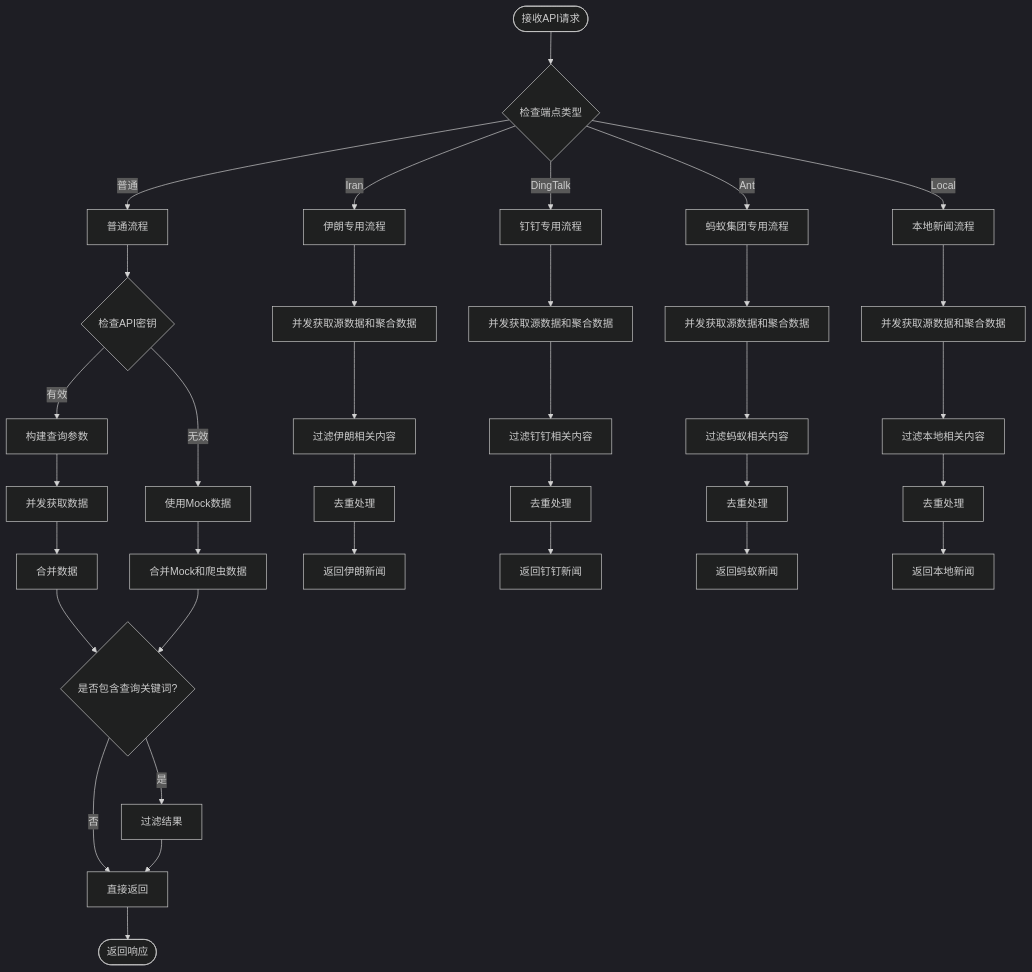
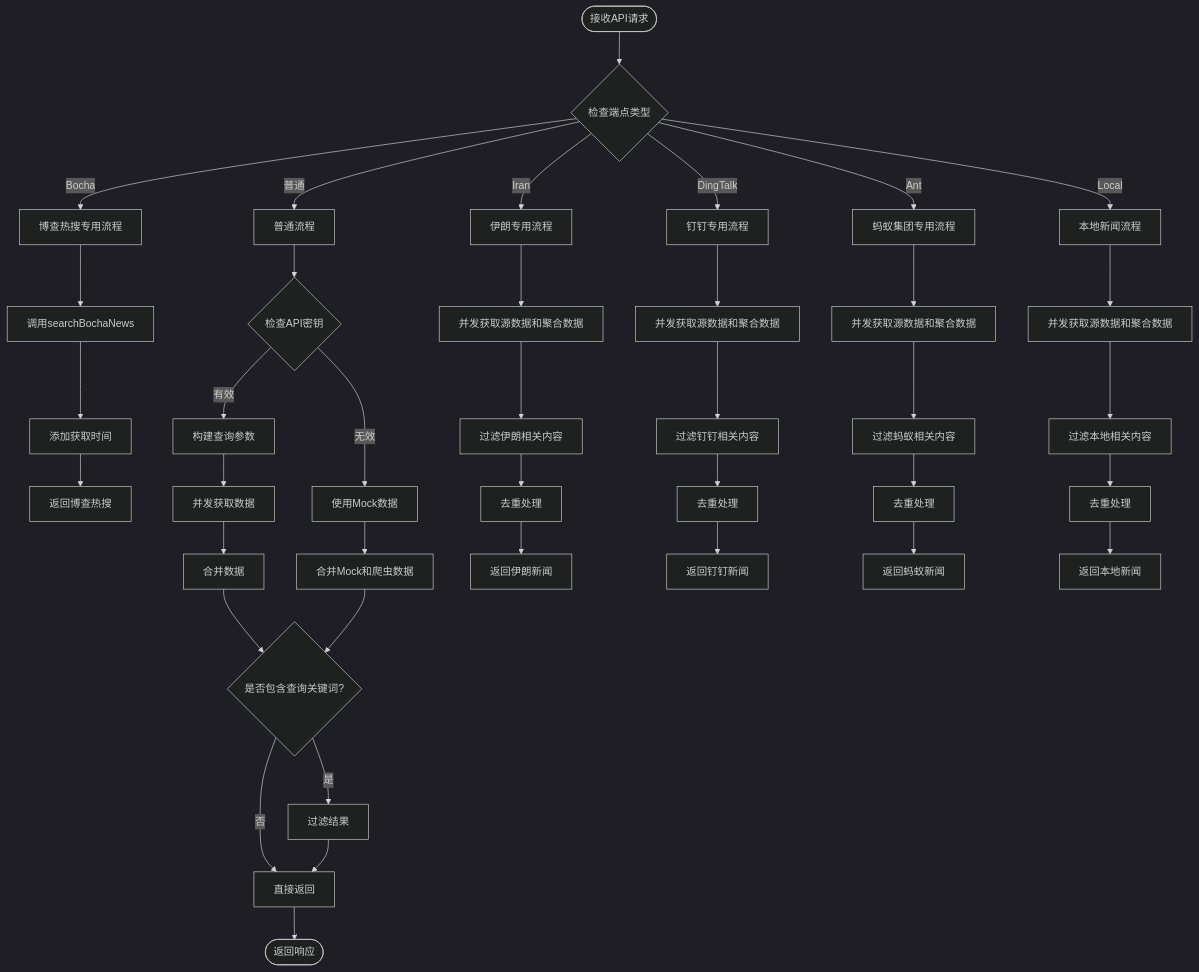
Diagram 12 of 13 in .qoder/repowiki/zh/content/核心功能模块/新闻数据获取系统.md (zuozuoliu740-cmd/xianxiong-news), drawn with Mermaid (dark theme) before and after one commit. The commit also changed other lines of this file and 72 other files, not shown here.

````diff
--- a/.qoder/repowiki/zh/content/核心功能模块/新闻数据获取系统.md
+++ b/.qoder/repowiki/zh/content/核心功能模块/新闻数据获取系统.md
@@ -849,37 +611,41 @@
 ```mermaid
 flowchart TD
 Start([接收API请求]) --> CheckEndpoint{检查端点类型}
+CheckEndpoint --> |Bocha| BochaFlow["博查热搜专用流程"]
 CheckEndpoint --> |Iran| IranFlow["伊朗专用流程"]
 CheckEndpoint --> |DingTalk| DingFlow["钉钉专用流程"]
 CheckEndpoint --> |Ant| AntFlow["蚂蚁集团专用流程"]
 CheckEndpoint --> |Local| LocalFlow["本地新闻流程"]
 CheckEndpoint --> |普通| NormalFlow["普通流程"]
+BochaFlow --> GetBocha[调用searchBochaNews]
+GetBocha --> AddFetchTime[添加获取时间]
+AddFetchTime --> ReturnBocha[返回博查热搜]
 IranFlow --> ParallelFetch1["并发获取源数据和聚合数据"]
 ParallelFetch1 --> FilterIran["过滤伊朗相关内容"]
 DingFlow --> ParallelFetch2["并发获取源数据和聚合数据"]
 ParallelFetch2 --> FilterDing["过滤钉钉相关内容"]
 AntFlow --> ParallelFetch3["并发获取源数据和聚合数据"]
 ParallelFetch3 --> FilterAnt["过滤蚂蚁相关内容"]
 LocalFlow --> ParallelFetch4["并发获取源数据和聚合数据"]
 ParallelFetch4 --> FilterLocal["过滤本地相关内容"]
 NormalFlow --> CheckAPIKey{检查API密钥}
 CheckAPIKey --> |有效| BuildQuery[构建查询参数]
 CheckAPIKey --> |无效| UseMock[使用Mock数据]
 BuildQuery --> ParallelFetch5[并发获取数据]
 ParallelFetch5 --> MergeData[合并数据]
 UseMock --> MergeMock[合并Mock和爬虫数据]
 FilterIran --> Deduplicate1["去重处理"]
 FilterDing --> Deduplicate2["去重处理"]
 FilterAnt --> Deduplicate3["去重处理"]
 FilterLocal --> Deduplicate4["去重处理"]
 Deduplicate1 --> ReturnIran["返回伊朗新闻"]
 Deduplicate2 --> ReturnDing["返回钉钉新闻"]
 Deduplicate3 --> ReturnAnt["返回蚂蚁新闻"]
 Deduplicate4 --> ReturnLocal["返回本地新闻"]
 MergeData --> FilterQuery{是否包含查询关键词?}
 MergeMock --> FilterQuery
 FilterQuery --> |是| FilterResults[过滤结果]
 FilterQuery --> |否| ReturnResults[直接返回]
 FilterResults --> ReturnResults
 ReturnResults --> End([返回响应])
 ```
````
